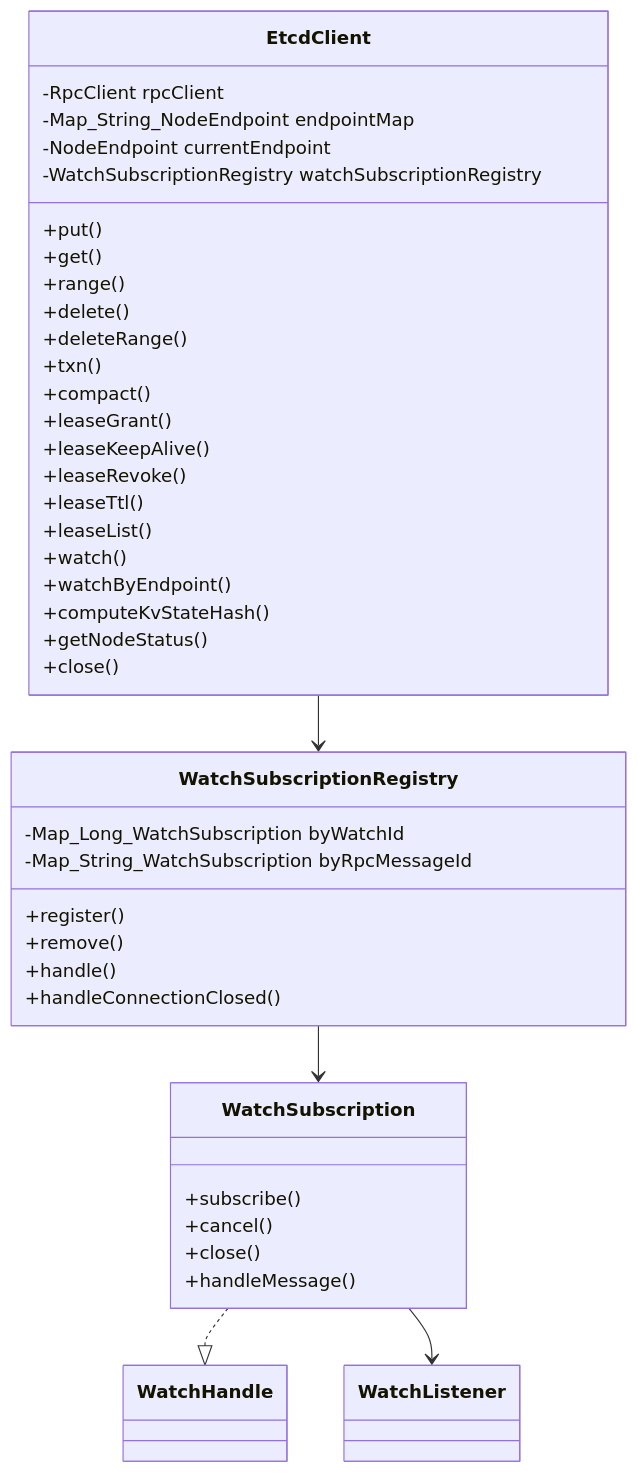
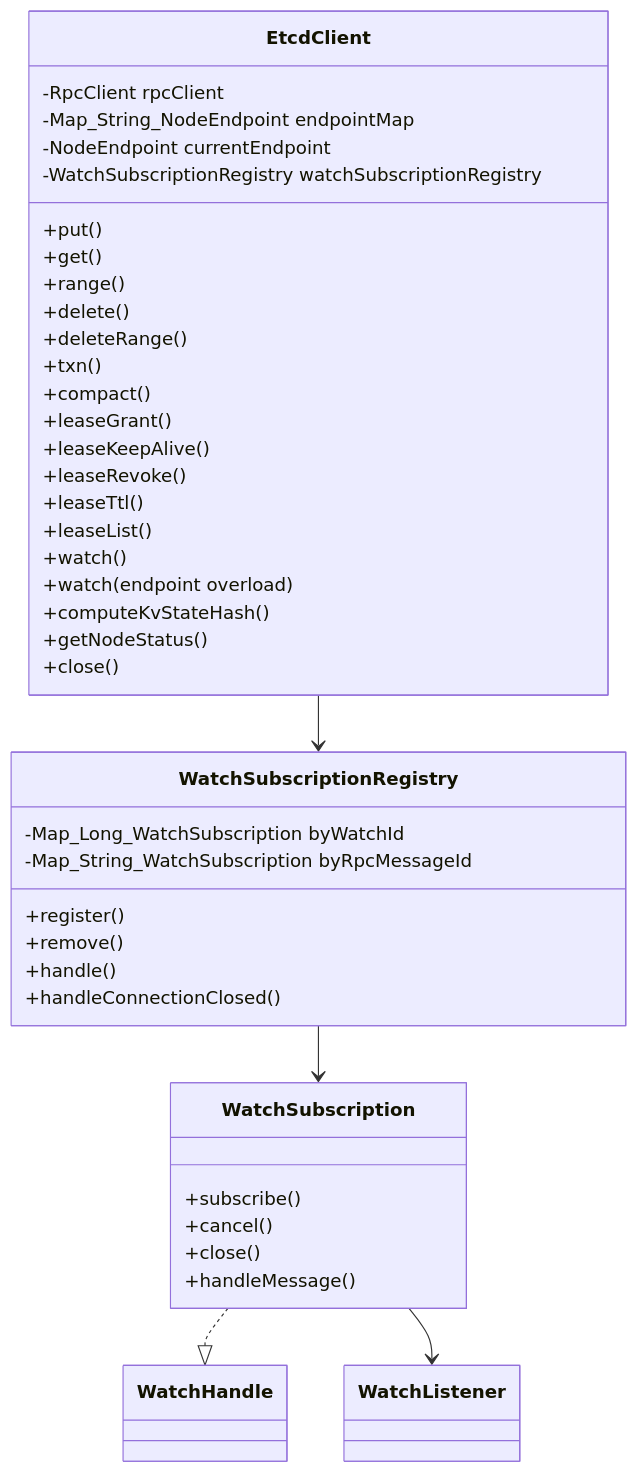
Before and after one commit to xhjkss/mini-etcd-project: the first of 3 diagrams in docs/architecture-08-sdk.md, drawn with Mermaid. The commit also changed other lines of this file and 9 other files, not shown here.

Commit message:
fix(kernel): 修复 Watch 订阅首帧响应与事件推送并发发送导致的顺序竞态，统一通过 channel 写队列保证先 WatchSubscribeResponse 后 WatchNotification fix(sdk): 修复 WatchCancel 成功返回后句柄可能短暂未关闭的并发时序问题，并补充 watch 路由的 leaderOnly/指定 endpoint 一致性约束（默认遵循请求语义，指定 endpoint 禁止 leaderOnly）

````diff
--- a/docs/architecture-08-sdk.md
+++ b/docs/architecture-08-sdk.md
@@ -30,53 +30,53 @@
 ```mermaid
 classDiagram
     class EtcdClient {
       -RpcClient rpcClient
       -Map_String_NodeEndpoint endpointMap
       -NodeEndpoint currentEndpoint
       -WatchSubscriptionRegistry watchSubscriptionRegistry
       +put()
       +get()
       +range()
       +delete()
       +deleteRange()
       +txn()
       +compact()
       +leaseGrant()
       +leaseKeepAlive()
       +leaseRevoke()
       +leaseTtl()
       +leaseList()
       +watch()
-      +watchByEndpoint()
+      +watch(endpoint overload)
       +computeKvStateHash()
       +getNodeStatus()
       +close()
     }
 
     class WatchSubscriptionRegistry {
       -Map_Long_WatchSubscription byWatchId
       -Map_String_WatchSubscription byRpcMessageId
       +register()
       +remove()
       +handle()
       +handleConnectionClosed()
     }
 
     class WatchSubscription {
       +subscribe()
       +cancel()
       +close()
       +handleMessage()
     }
 
     class WatchHandle {
     }
 
     class WatchListener {
     }
 
     EtcdClient --> WatchSubscriptionRegistry
     WatchSubscriptionRegistry --> WatchSubscription
     WatchSubscription ..|> WatchHandle
     WatchSubscription --> WatchListener
 ```
````
